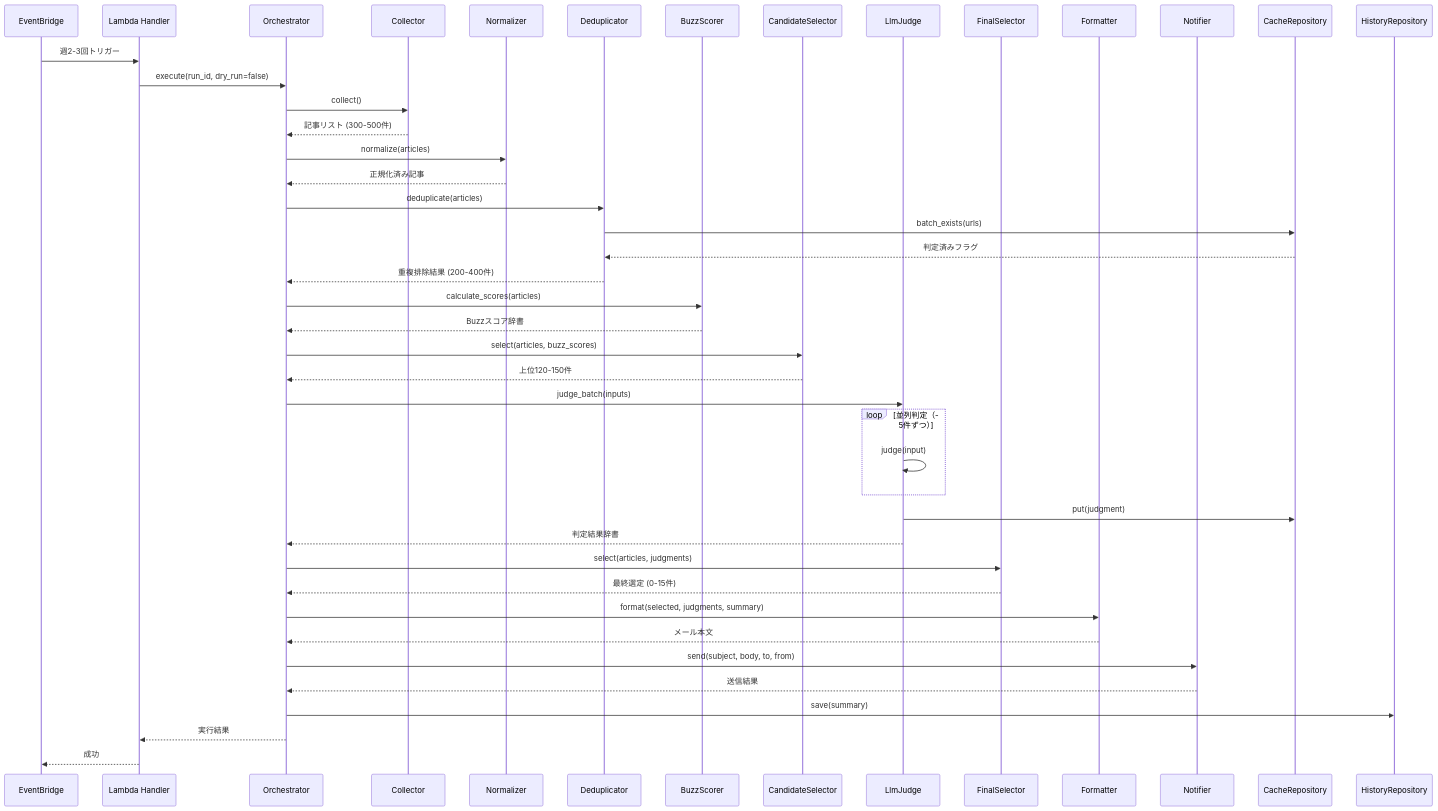
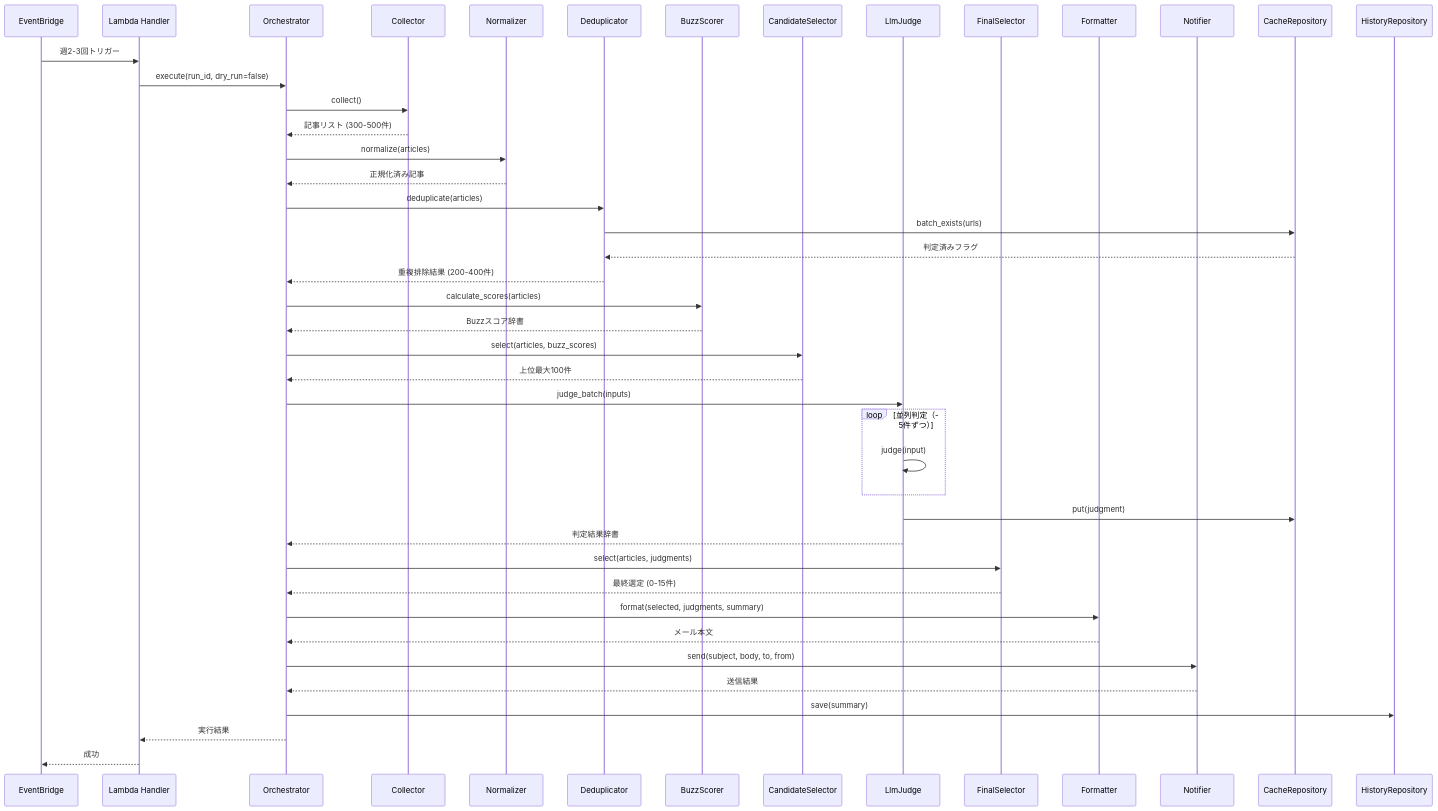
One commit to k-negishi/ai-curated-newsletter changed the third of 4 diagrams in docs/functional-design.md. Above: the diagram before and after it, drawn with Mermaid. The commit also changed other lines of this file and 5 other files, not shown here.

````diff
--- a/docs/functional-design.md
+++ b/docs/functional-design.md
@@ -1132,57 +1155,57 @@
 ```mermaid
 sequenceDiagram
     participant EB as EventBridge
     participant Lambda as Lambda Handler
     participant Orch as Orchestrator
     participant Col as Collector
     participant Norm as Normalizer
     participant Dedup as Deduplicator
     participant Buzz as BuzzScorer
     participant Cand as CandidateSelector
     participant Judge as LlmJudge
     participant Final as FinalSelector
     participant Form as Formatter
     participant Notif as Notifier
     participant Cache as CacheRepository
     participant Hist as HistoryRepository
 
     EB->>Lambda: 週2-3回トリガー
     Lambda->>Orch: execute(run_id, dry_run=false)
 
     Orch->>Col: collect()
     Col-->>Orch: 記事リスト (300-500件)
 
     Orch->>Norm: normalize(articles)
     Norm-->>Orch: 正規化済み記事
 
     Orch->>Dedup: deduplicate(articles)
     Dedup->>Cache: batch_exists(urls)
     Cache-->>Dedup: 判定済みフラグ
     Dedup-->>Orch: 重複排除結果 (200-400件)
 
     Orch->>Buzz: calculate_scores(articles)
     Buzz-->>Orch: Buzzスコア辞書
 
     Orch->>Cand: select(articles, buzz_scores)
-    Cand-->>Orch: 上位120-150件
+    Cand-->>Orch: 上位最大100件
 
     Orch->>Judge: judge_batch(inputs)
     loop 並列判定（5件ずつ）
         Judge->>Judge: judge(input)
     end
     Judge->>Cache: put(judgment)
     Judge-->>Orch: 判定結果辞書
 
     Orch->>Final: select(articles, judgments)
     Final-->>Orch: 最終選定 (0-15件)
 
     Orch->>Form: format(selected, judgments, summary)
     Form-->>Orch: メール本文
 
     Orch->>Notif: send(subject, body, to, from)
     Notif-->>Orch: 送信結果
 
     Orch->>Hist: save(summary)
     Orch-->>Lambda: 実行結果
     Lambda-->>EB: 成功
 ```
````
